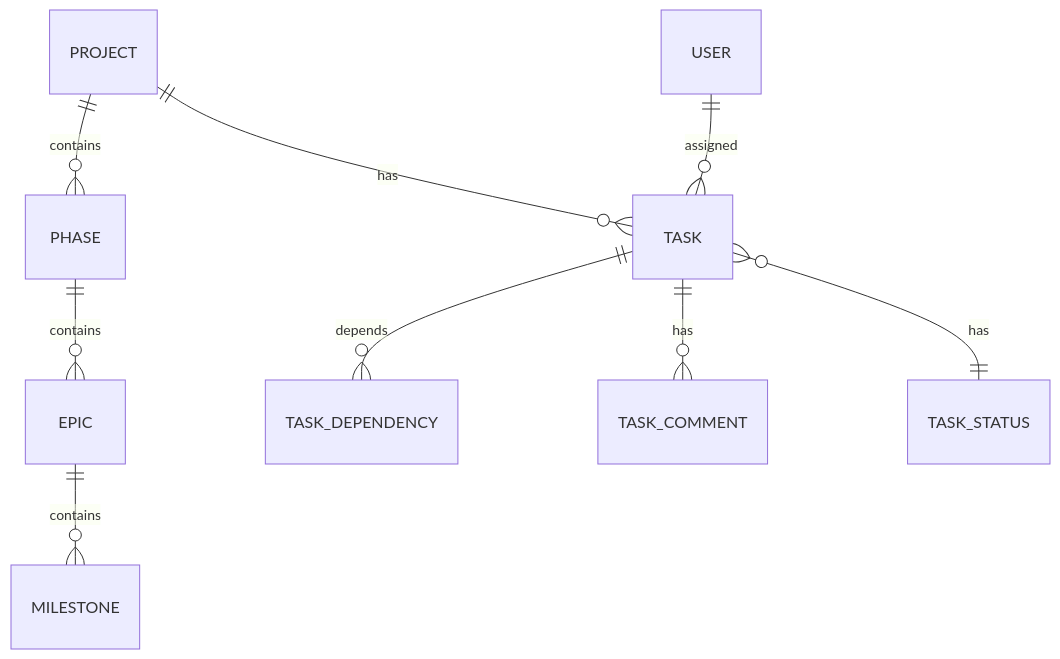
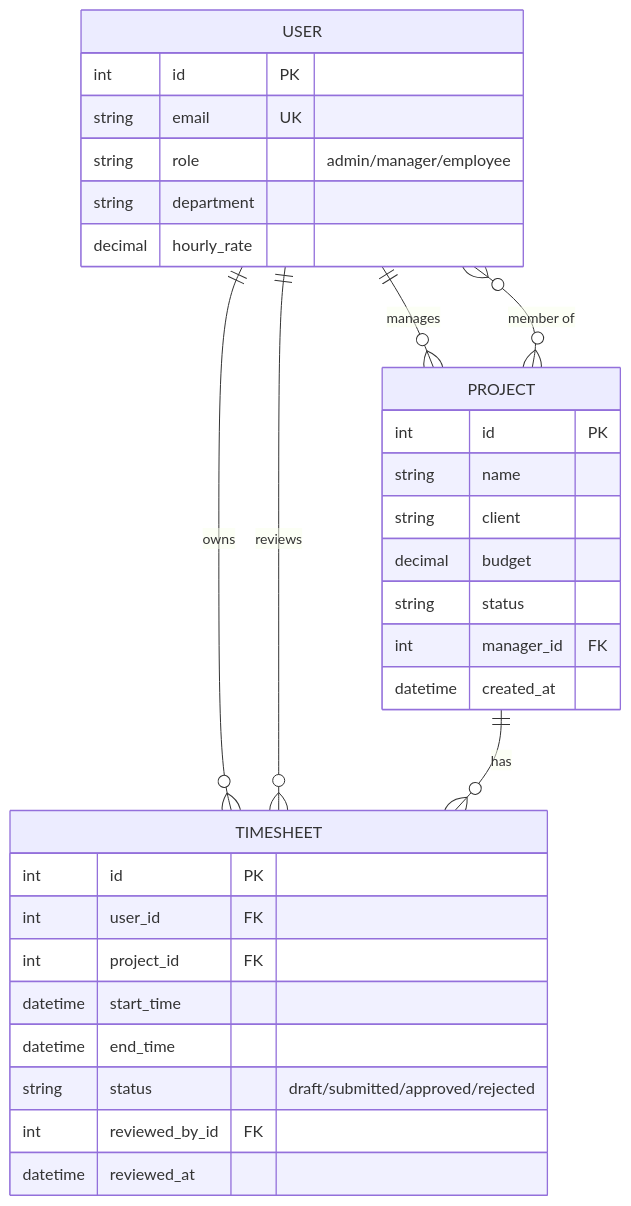
One commit to agusain2001/timesheet changed the second of 4 diagrams in architecture.md. Above: the diagram before and after it, drawn with Mermaid. The commit also changed other lines of this file and 102 other files, not shown here.

````diff
--- a/architecture.md
+++ b/architecture.md
@@ -285,11 +149,37 @@
 ```mermaid
 erDiagram
-    PROJECT ||--o{ PHASE : contains
-    PHASE ||--o{ EPIC : contains
-    EPIC ||--o{ MILESTONE : contains
-    PROJECT ||--o{ TASK : has
-    TASK ||--o{ TASK_DEPENDENCY : depends
-    TASK ||--o{ TASK_COMMENT : has
-    USER ||--o{ TASK : assigned
-    TASK }o--|| TASK_STATUS : has
+    USER {
+        int id PK
+        string email UK
+        string role "admin/manager/employee"
+        string department
+        decimal hourly_rate
+    }
+    
+    PROJECT {
+        int id PK
+        string name
+        string client
+        decimal budget
+        string status
+        int manager_id FK
+        datetime created_at
+    }
+    
+    TIMESHEET {
+        int id PK
+        int user_id FK
+        int project_id FK
+        datetime start_time
+        datetime end_time
+        string status "draft/submitted/approved/rejected"
+        int reviewed_by_id FK
+        datetime reviewed_at
+    }
+    
+    USER ||--o{ PROJECT : "manages"
+    USER }o--o{ PROJECT : "member of"
+    USER ||--o{ TIMESHEET : "owns"
+    USER ||--o{ TIMESHEET : "reviews"
+    PROJECT ||--o{ TIMESHEET : "has"
 ```
````
